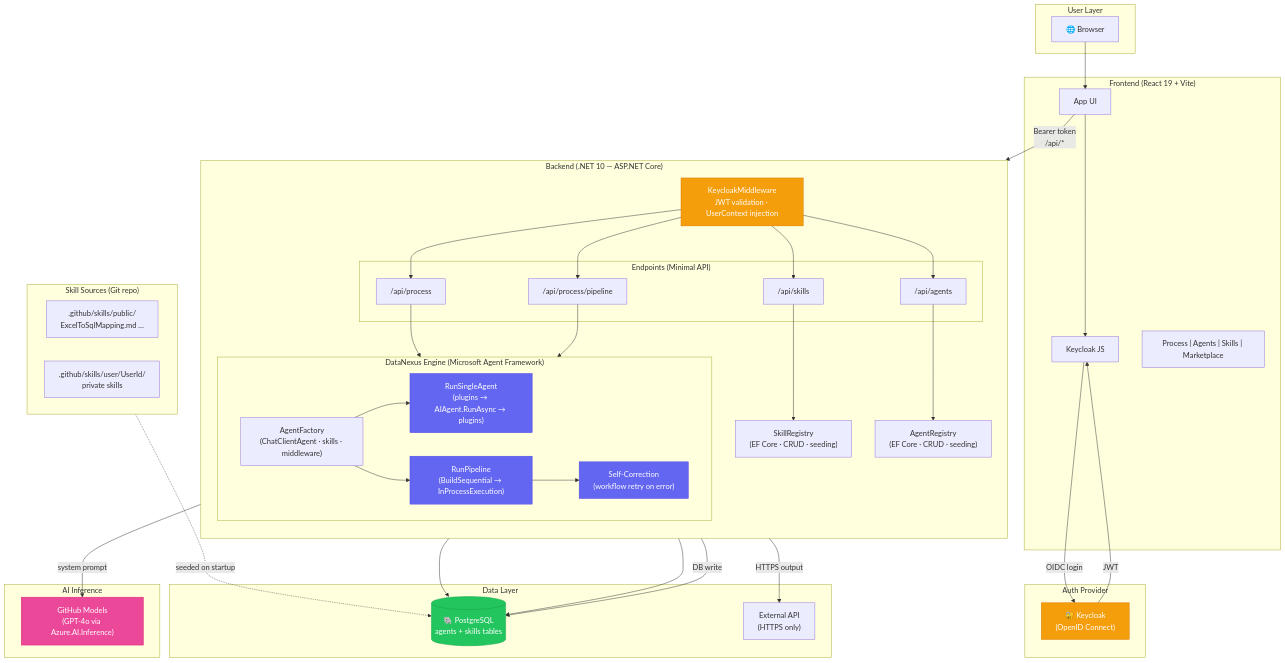
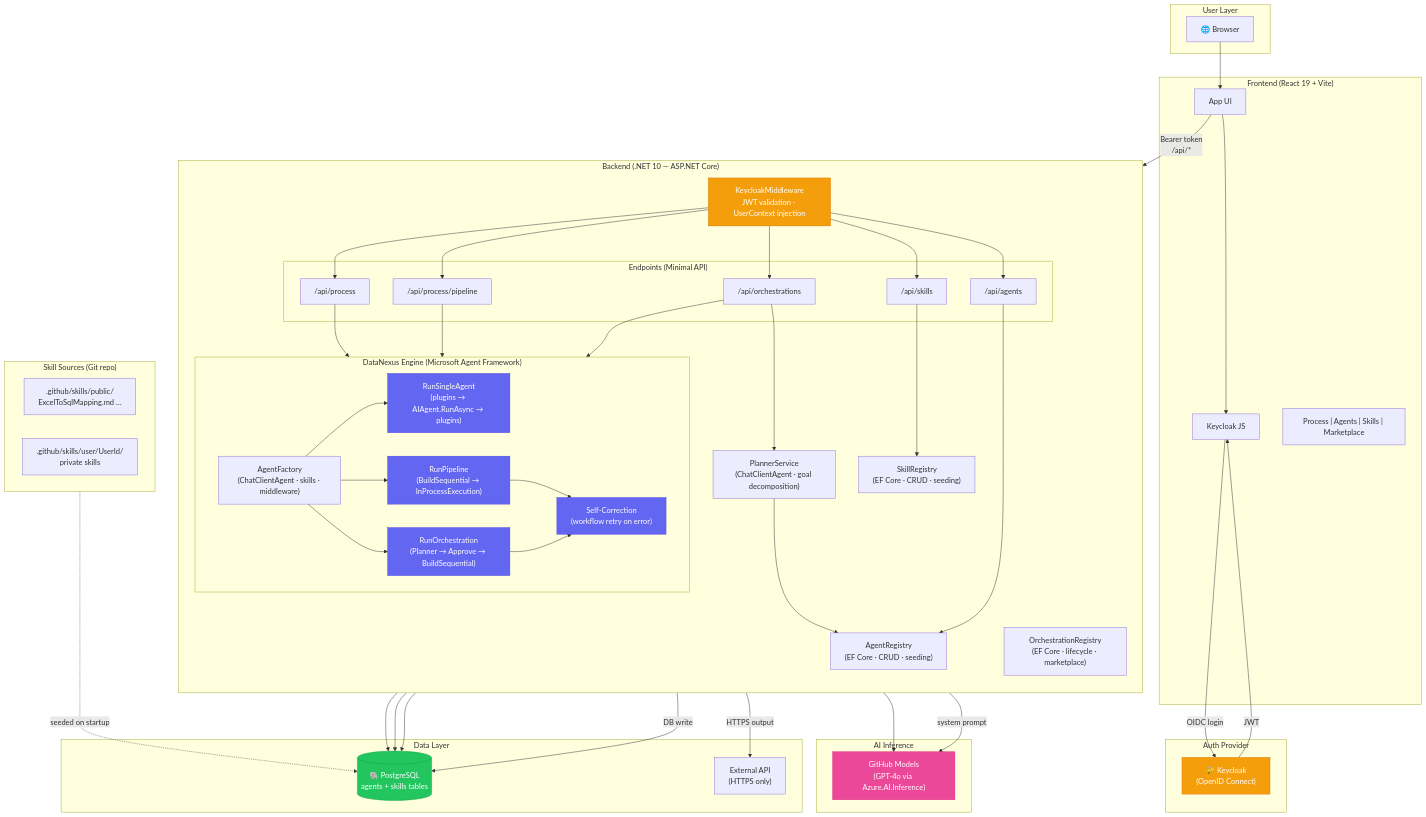
The diagram in .github/copilot-instructions.md (lishuren/DataNexusAgent), drawn with Mermaid before and after one commit. The commit also changed other lines of this file and 17 other files, not shown here.

```diff
--- a/.github/copilot-instructions.md
+++ b/.github/copilot-instructions.md
@@ -40,6 +40,7 @@
             EP_Pipeline["/api/process/pipeline"]
             EP_Skills["/api/skills"]
             EP_Agents["/api/agents"]
+            EP_Orch["/api/orchestrations"]
         end
 
         subgraph "DataNexus Engine  (Microsoft Agent Framework)"
@@ -47,14 +48,19 @@
             AF["AgentFactory\n(ChatClientAgent · skills · middleware)"]
             SingleRun["RunSingleAgent\n(plugins → AIAgent.RunAsync → plugins)"]
             Pipeline["RunPipeline\n(BuildSequential → InProcessExecution)"]
+            Orchestration["RunOrchestration\n(Planner → Approve → BuildSequential)"]
             SelfCorrect["Self-Correction\n(workflow retry on error)"]
             AF --> SingleRun
             AF --> Pipeline
+            AF --> Orchestration
             Pipeline --> SelfCorrect
+            Orchestration --> SelfCorrect
         end
 
+        Planner["PlannerService\n(ChatClientAgent · goal decomposition)"]
         AR["AgentRegistry\n(EF Core · CRUD · seeding)"]
         SR["SkillRegistry\n(EF Core · CRUD · seeding)"]
+        OR["OrchestrationRegistry\n(EF Core · lifecycle · marketplace)"]
     end
 
     subgraph "Data Layer"
@@ -81,10 +87,16 @@
     MW --> EP_Pipeline
     MW --> EP_Skills
     MW --> EP_Agents
+    MW --> EP_Orch
     EP_Process --> SingleRun
     EP_Pipeline --> Pipeline
+    EP_Orch --> Planner
+    EP_Orch --> Orchestration
+    Planner --> GH_Models
+    Planner --> AR
     EP_Skills --> SR
     EP_Agents --> AR
+    OR --> PG
     SR --> PG
     AR --> PG
     SingleRun -- "system prompt" --> GH_Models
@@ -96,7 +108,7 @@
     classDef db fill:#22c55e,color:#fff,stroke:#16a34a
     classDef auth fill:#f59e0b,color:#fff,stroke:#d97706
     classDef ai fill:#ec4899,color:#fff,stroke:#db2777
-    class SingleRun,Pipeline,SelfCorrect agent
+    class SingleRun,Pipeline,Orchestration,SelfCorrect agent
     class PG db
     class Keycloak,MW auth
     class GH_Models ai
```
